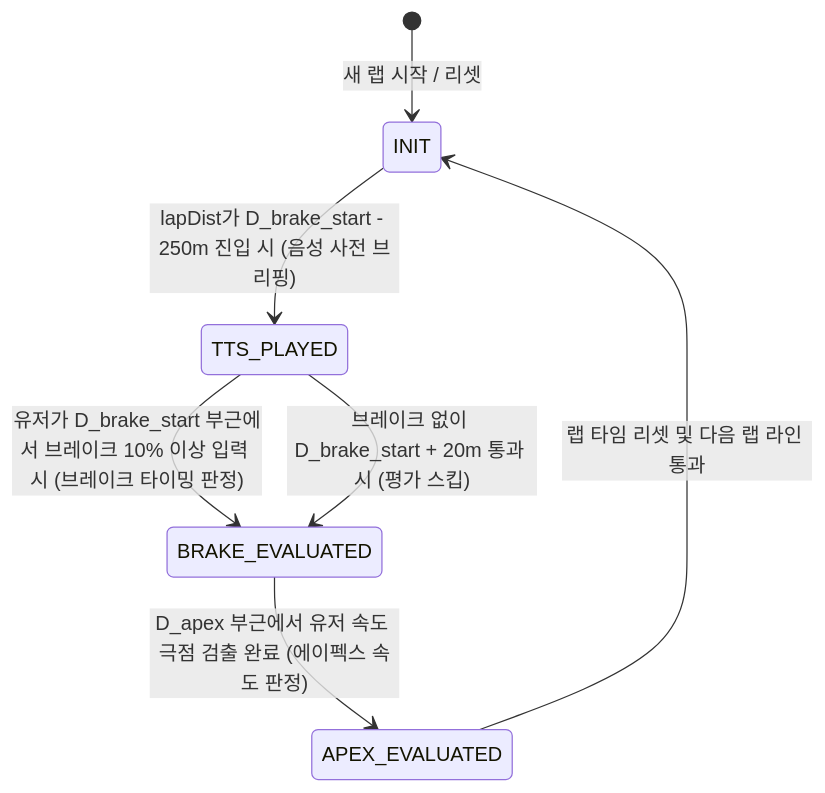
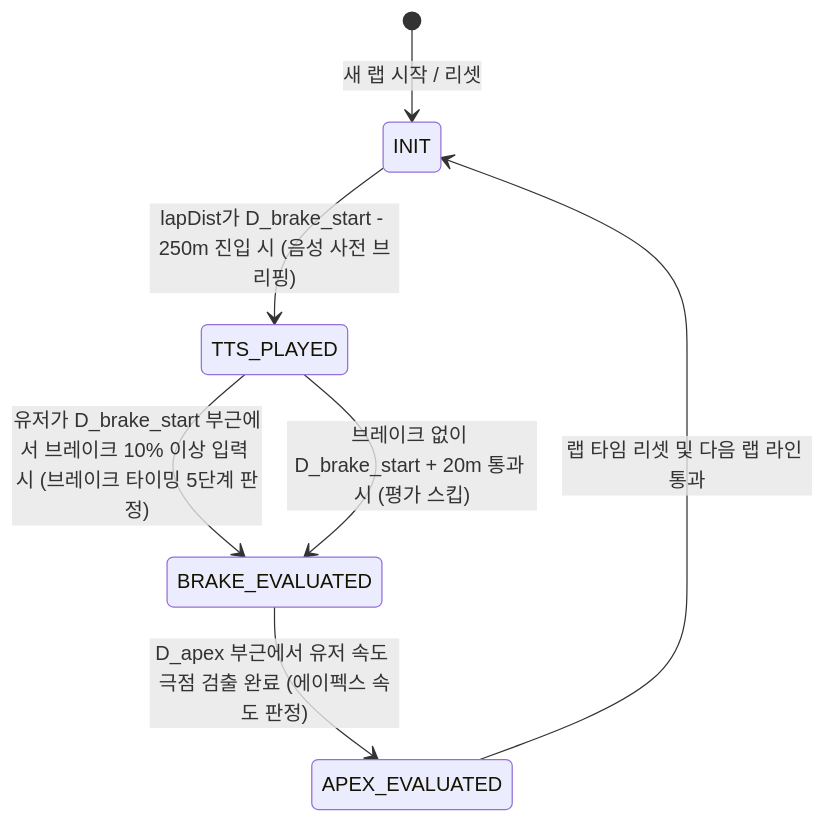
One commit to grandff/must-be-the-apex changed the diagram in GEMINI.md. Above: the diagram before and after it, drawn with Mermaid. The commit also changed other lines of this file and 14 other files, not shown here.

````diff
--- a/GEMINI.md
+++ b/GEMINI.md
@@ -101,9 +124,9 @@
 ```mermaid
 stateDiagram-v2
     [*] --> INIT : 새 랩 시작 / 리셋
     INIT --> TTS_PLAYED : lapDist가 D_brake_start - 250m 진입 시 (음성 사전 브리핑)
-    TTS_PLAYED --> BRAKE_EVALUATED : 유저가 D_brake_start 부근에서 브레이크 10% 이상 입력 시 (브레이크 타이밍 판정)
+    TTS_PLAYED --> BRAKE_EVALUATED : 유저가 D_brake_start 부근에서 브레이크 10% 이상 입력 시 (브레이크 타이밍 5단계 판정)
     TTS_PLAYED --> BRAKE_EVALUATED : 브레이크 없이 D_brake_start + 20m 통과 시 (평가 스킵)
     BRAKE_EVALUATED --> APEX_EVALUATED : D_apex 부근에서 유저 속도 극점 검출 완료 (에이펙스 속도 판정)
     APEX_EVALUATED --> INIT : 랩 타임 리셋 및 다음 랩 라인 통과
 ```
````
